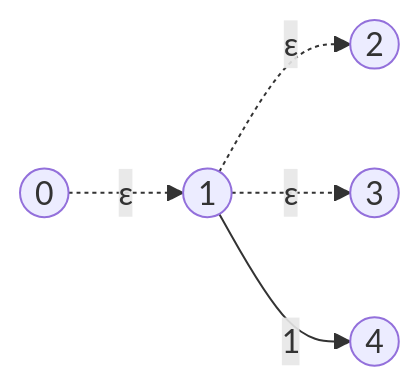
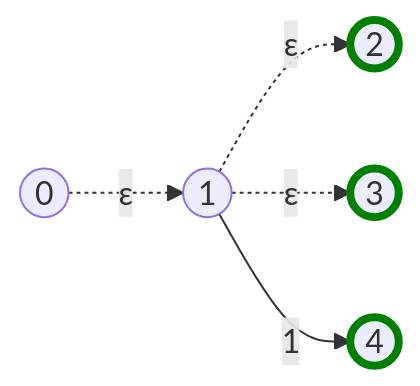
Diagram 11 of 14 in personal-site/content/series/making regex from scratch in GO/09-Groups.md (LeweyM/LeweyM.github.io), drawn with Mermaid before and after one commit. The commit also changed other lines of this file and 2 other files, not shown here.

````diff
--- a/personal-site/content/series/making regex from scratch in GO/09-Groups.md
+++ b/personal-site/content/series/making regex from scratch in GO/09-Groups.md
@@ -656,8 +657,11 @@
 ```mermaid
 
 graph LR 
 0((0)) -."ε".-> 1((1)) 
 1((1)) -."ε".-> 2((2)) 
 1((1)) -."ε".-> 3((3)) 
 1((1)) --"1"--> 4((4))
+	style 2 stroke:green,stroke-width:4px;
+		style 3 stroke:green,stroke-width:4px;
+			style 4 stroke:green,stroke-width:4px;
 ```
````
